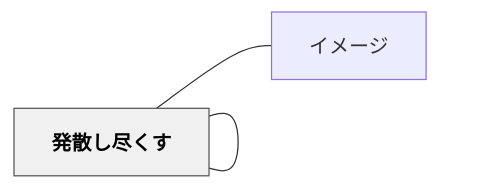
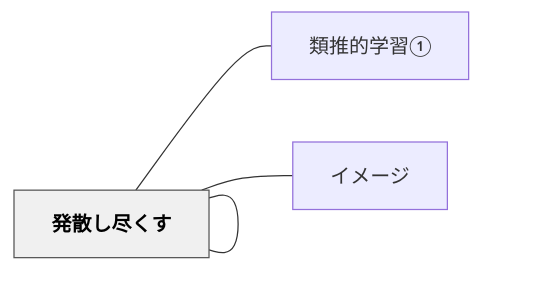
The diagram in content/パタン/発散し尽くす.md (unknownthings-ed-patterns/unknownthings-ed-patterns), drawn with Mermaid before and after one commit. The commit also changed other lines of this file and 473 other files, not shown here.

````diff
--- a/content/パタン/発散し尽くす.md
+++ b/content/パタン/発散し尽くす.md
@@ -87,12 +89,16 @@
 ```mermaid
 flowchart LR
     ne799bae695a3["発散し尽くす"]
+    ne799bae695a3["発散（問い）"]
+    ne9a19ee68ea8["類推的学習①"]
     ne382a4e383a1["イメージ"]
     ne799bae695a3["発散し尽くす"]
 
+    ne799bae695a3 --- ne799bae695a3
+    ne799bae695a3 --- ne9a19ee68ea8
     ne799bae695a3 --- ne382a4e383a1
     ne799bae695a3 --- ne799bae695a3
 
     classDef hub fill:#f0f0f0,stroke:#555,color:#000,font-weight:bold
     class ne799bae695a3 hub
 ```
````
